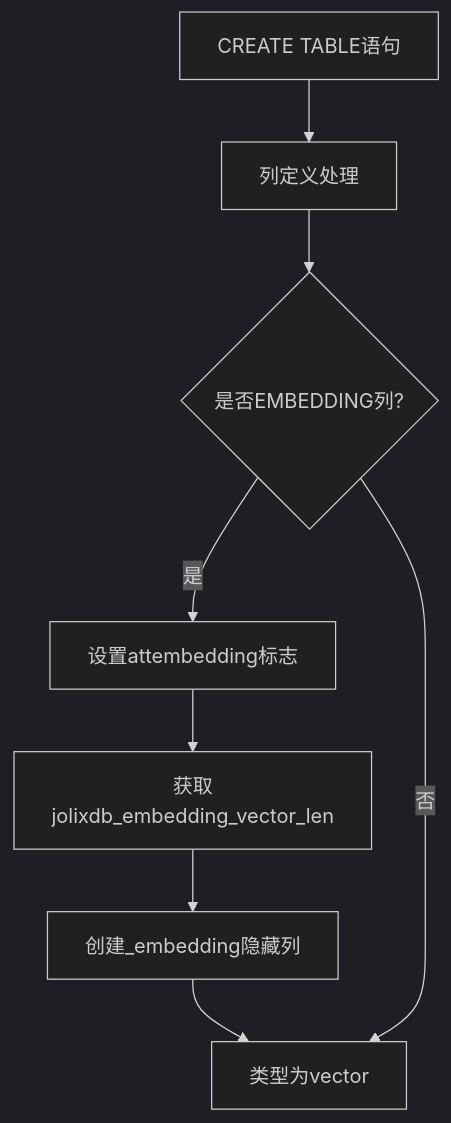
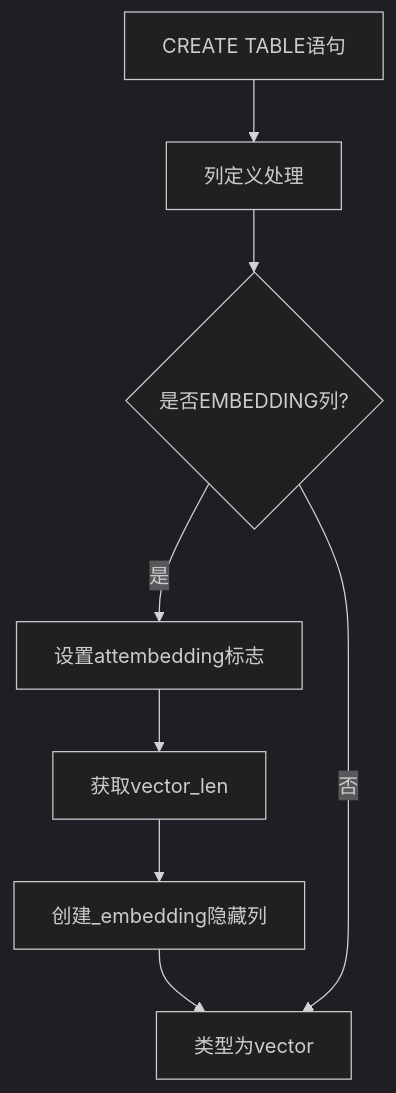
The first of 2 diagrams in doc/predict/EMBEDDING_DETAILED_DESIGN.md (ZhongChaoqiang/postgres), drawn with Mermaid (dark theme) before and after one commit. The commit also changed other lines of this file and 2 other files, not shown here.

````diff
--- a/doc/predict/EMBEDDING_DETAILED_DESIGN.md
+++ b/doc/predict/EMBEDDING_DETAILED_DESIGN.md
@@ -35,10 +35,10 @@
 ```mermaid
 graph TB
     A[CREATE TABLE语句] --> B[列定义处理]
     B --> C{是否EMBEDDING列?}
     C -->|是| D[设置attembedding标志]
-    D --> E[获取jolixdb_embedding_vector_len]
+    D --> E[获取vector_len]
     E --> F[创建_embedding隐藏列]
     F --> G[类型为vector]
     C -->|否| G
 ```
````
